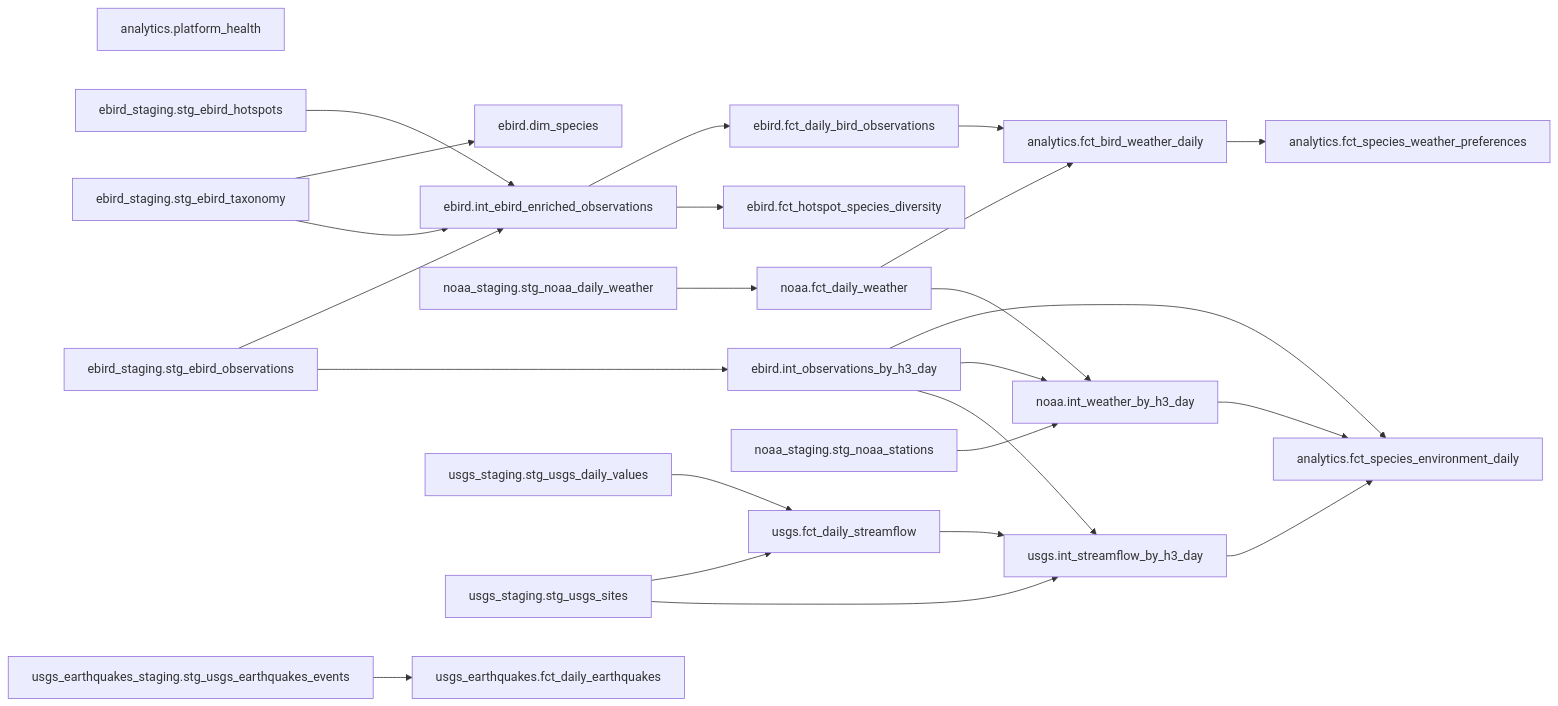
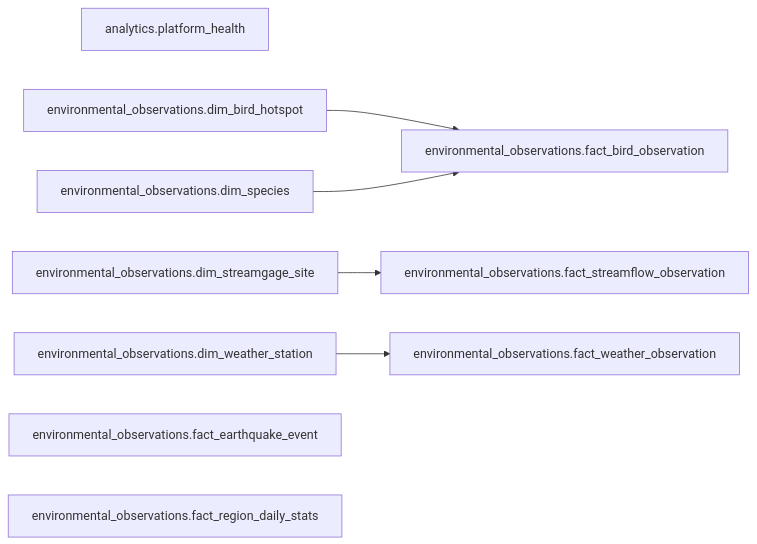
One commit to Doctacon/databox changed the diagram in docs/dictionary/lineage.md. Above: the diagram before and after it, drawn with Mermaid. The commit also changed 149 other files, not shown here.

````diff
--- a/docs/dictionary/lineage.md
+++ b/docs/dictionary/lineage.md
@@ -5,71 +5,28 @@
 ```mermaid
 graph LR
-    n0["analytics.fct_bird_weather_daily"]
-    n1["analytics.fct_species_environment_daily"]
-    n2["analytics.fct_species_weather_preferences"]
-    n3["analytics.platform_health"]
-    n4["ebird.dim_species"]
-    n5["ebird.fct_daily_bird_observations"]
-    n6["ebird.fct_hotspot_species_diversity"]
-    n7["ebird.int_ebird_enriched_observations"]
-    n8["ebird.int_observations_by_h3_day"]
-    n9["ebird_staging.stg_ebird_hotspots"]
-    n10["ebird_staging.stg_ebird_observations"]
-    n11["ebird_staging.stg_ebird_taxonomy"]
-    n12["noaa.fct_daily_weather"]
-    n13["noaa.int_weather_by_h3_day"]
-    n14["noaa_staging.stg_noaa_daily_weather"]
-    n15["noaa_staging.stg_noaa_stations"]
-    n16["usgs.fct_daily_streamflow"]
-    n17["usgs.int_streamflow_by_h3_day"]
-    n18["usgs_earthquakes.fct_daily_earthquakes"]
-    n19["usgs_earthquakes_staging.stg_usgs_earthquakes_events"]
-    n20["usgs_staging.stg_usgs_daily_values"]
-    n21["usgs_staging.stg_usgs_sites"]
-    n5 --> n0
-    n12 --> n0
-    n8 --> n1
-    n13 --> n1
-    n17 --> n1
-    n0 --> n2
-    n11 --> n4
-    n7 --> n5
-    n7 --> n6
-    n9 --> n7
-    n10 --> n7
-    n11 --> n7
-    n10 --> n8
-    n14 --> n12
-    n8 --> n13
-    n12 --> n13
-    n15 --> n13
-    n20 --> n16
-    n21 --> n16
-    n8 --> n17
-    n16 --> n17
-    n21 --> n17
-    n19 --> n18
+    n0["analytics.platform_health"]
+    n1["environmental_observations.dim_bird_hotspot"]
+    n2["environmental_observations.dim_species"]
+    n3["environmental_observations.dim_streamgage_site"]
+    n4["environmental_observations.dim_weather_station"]
+    n5["environmental_observations.fact_bird_observation"]
+    n6["environmental_observations.fact_earthquake_event"]
+    n7["environmental_observations.fact_region_daily_stats"]
+    n8["environmental_observations.fact_streamflow_observation"]
+    n9["environmental_observations.fact_weather_observation"]
+    n1 --> n5
+    n2 --> n5
+    n3 --> n8
+    n4 --> n9
 
-    click n0 "analytics/fct_bird_weather_daily.md"
-    click n1 "analytics/fct_species_environment_daily.md"
-    click n2 "analytics/fct_species_weather_preferences.md"
-    click n3 "analytics/platform_health.md"
-    click n4 "ebird/dim_species.md"
-    click n5 "ebird/fct_daily_bird_observations.md"
-    click n6 "ebird/fct_hotspot_species_diversity.md"
-    click n7 "ebird/int_ebird_enriched_observations.md"
-    click n8 "ebird/int_observations_by_h3_day.md"
-    click n9 "ebird_staging/stg_ebird_hotspots.md"
-    click n10 "ebird_staging/stg_ebird_observations.md"
-    click n11 "ebird_staging/stg_ebird_taxonomy.md"
-    click n12 "noaa/fct_daily_weather.md"
-    click n13 "noaa/int_weather_by_h3_day.md"
-    click n14 "noaa_staging/stg_noaa_daily_weather.md"
-    click n15 "noaa_staging/stg_noaa_stations.md"
-    click n16 "usgs/fct_daily_streamflow.md"
-    click n17 "usgs/int_streamflow_by_h3_day.md"
-    click n18 "usgs_earthquakes/fct_daily_earthquakes.md"
-    click n19 "usgs_earthquakes_staging/stg_usgs_earthquakes_events.md"
-    click n20 "usgs_staging/stg_usgs_daily_values.md"
-    click n21 "usgs_staging/stg_usgs_sites.md"
+    click n0 "analytics/platform_health.md"
+    click n1 "environmental_observations/dim_bird_hotspot.md"
+    click n2 "environmental_observations/dim_species.md"
+    click n3 "environmental_observations/dim_streamgage_site.md"
+    click n4 "environmental_observations/dim_weather_station.md"
+    click n5 "environmental_observations/fact_bird_observation.md"
+    click n6 "environmental_observations/fact_earthquake_event.md"
+    click n7 "environmental_observations/fact_region_daily_stats.md"
+    click n8 "environmental_observations/fact_streamflow_observation.md"
+    click n9 "environmental_observations/fact_weather_observation.md"
 ```
````
